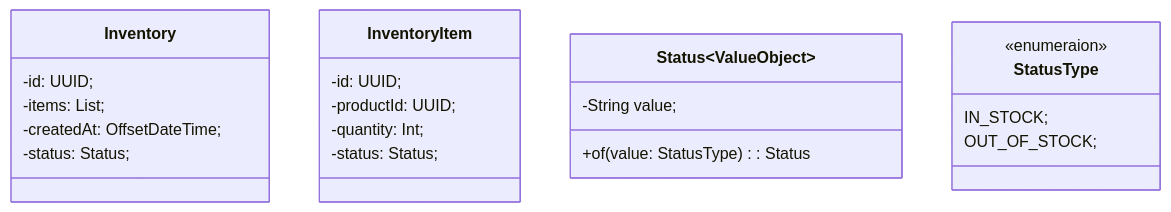
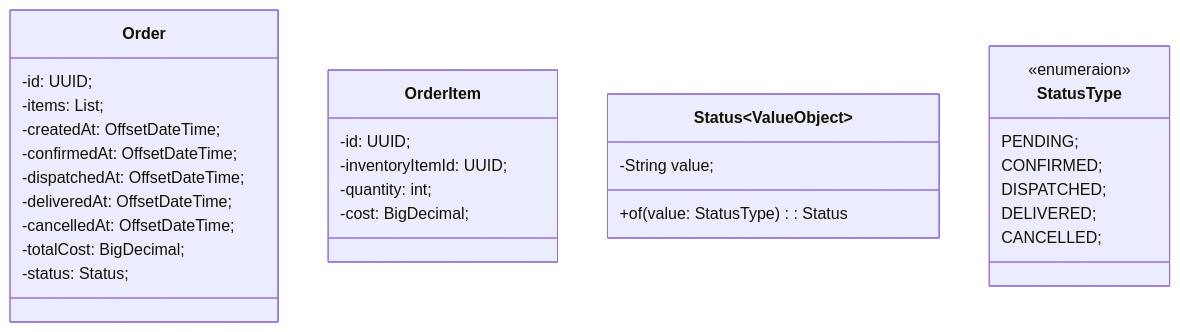
Before and after one commit to murilott/nimbusmart: the diagram in order/docs/order.mmd, drawn with Mermaid. The commit also changed 4 other files, not shown here.

Commit message:
feat: Order and OrderItem docs, entities, some methods and validations

````diff
--- a/order/docs/order.mmd
+++ b/order/docs/order.mmd
@@ -1,27 +1,35 @@
 ```mermaid
 classDiagram
-    class Inventory {
+    class Order {
         -id: UUID;
-        -items: List<InventoryItem>;
+        -items: List<OrderItem>;
         -createdAt: OffsetDateTime;
+        -confirmedAt: OffsetDateTime;
+        -dispatchedAt: OffsetDateTime;
+        -deliveredAt: OffsetDateTime;
+        -cancelledAt: OffsetDateTime;
+        -totalCost: BigDecimal;
         -status: Status;
     }
 
-    class InventoryItem {
+    class OrderItem {
         -id: UUID;
-        -productId: UUID;
-        -quantity: Int;
-        -status: Status;
+        -inventoryItemId: UUID;
+        -quantity: int;
+        -cost: BigDecimal;
     }
 
     class Status ~ValueObject~ {
         -String value;
         +of(value: StatusType): Status
     }
 
     class StatusType {
         <<enumeraion>>
-        IN_STOCK;
-        OUT_OF_STOCK;
+        PENDING;
+        CONFIRMED;
+        DISPATCHED;
+        DELIVERED;
+        CANCELLED;
     }
 ```
````
